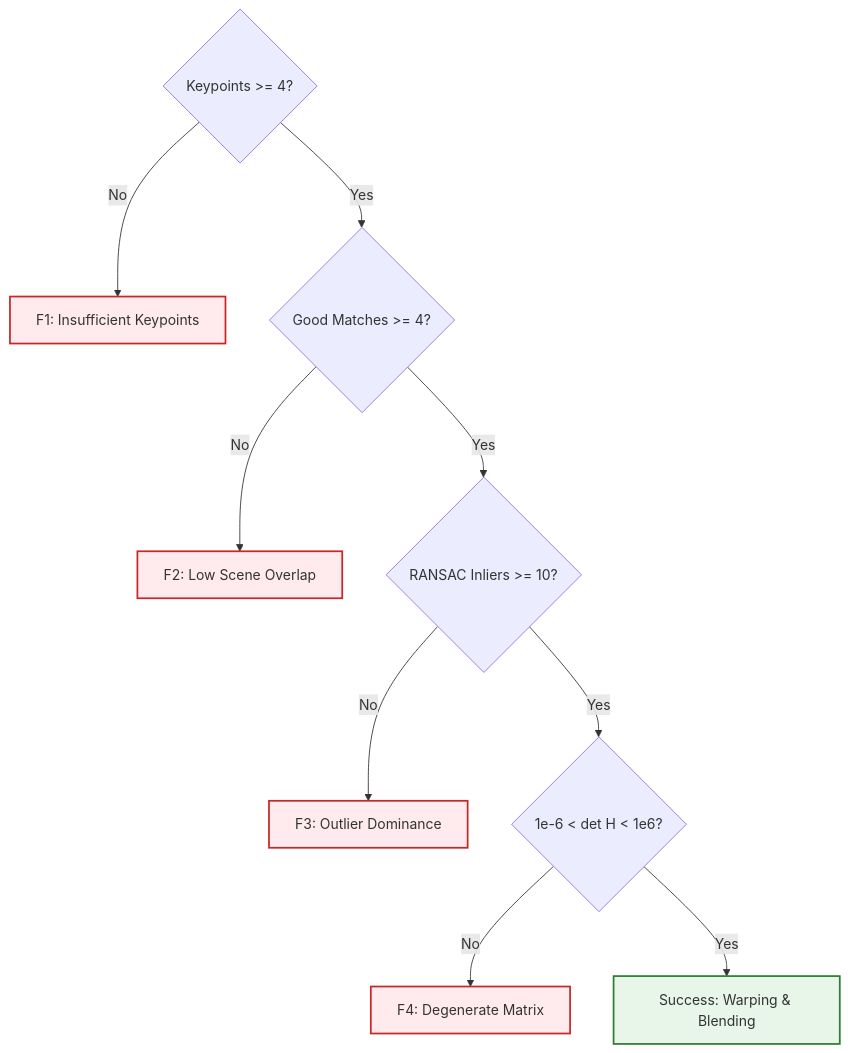
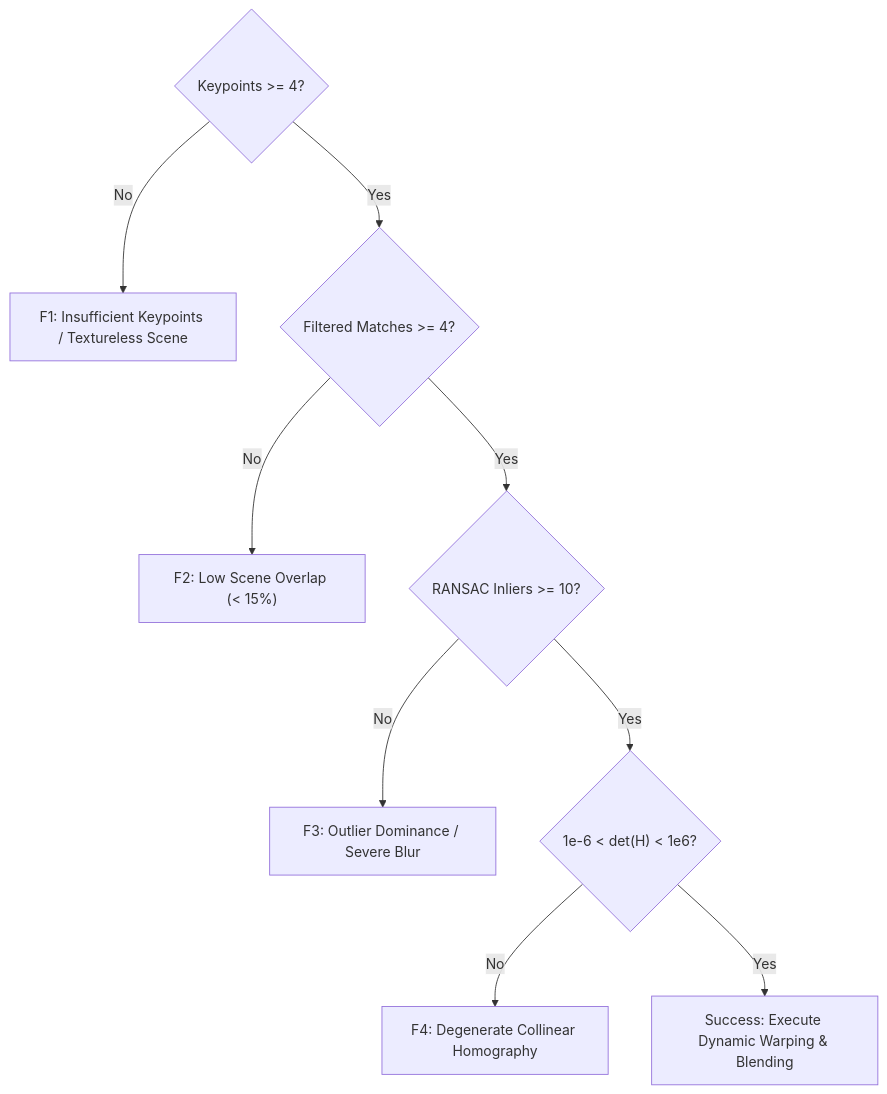
The sixth of 6 diagrams in report/report.md (mhiskall282/Feature-Based-Image-Matching-and-Automatic-Panorama-Construction-Problem), drawn with Mermaid before and after one commit. The commit also changed other lines of this file and 12 other files, not shown here.

Commit message:
feat: high-contrast diagrams, polished UI, and cloud deployment configs for Vercel, Render, and Docker

````diff
--- a/report/report.md
+++ b/report/report.md
@@ -323,14 +335,11 @@
 ```mermaid
 graph TD
-    classDef ok fill:#E8F5E9,stroke:#2E7D32,stroke-width:2px;
-    classDef fail fill:#FFEBEE,stroke:#C62828,stroke-width:2px;
-
-    Check1{Keypoints >= 4?} -->|No| F1[F1: Insufficient Keypoints]:::fail
-    Check1 -->|Yes| Check2{Good Matches >= 4?}
-    Check2 -->|No| F2[F2: Low Scene Overlap]:::fail
-    Check2 -->|Yes| Check3{RANSAC Inliers >= 10?}
-    Check3 -->|No| F3[F3: Outlier Dominance]:::fail
-    Check3 -->|Yes| Check4{1e-6 < det H < 1e6?}
-    Check4 -->|No| F4[F4: Degenerate Matrix]:::fail
-    Check4 -->|Yes| OK[Success: Warping & Blending]:::ok
+    Check1{"Keypoints >= 4?"} -->|No| F1["F1: Insufficient Keypoints / Textureless Scene"]
+    Check1 -->|Yes| Check2{"Filtered Matches >= 4?"}
+    Check2 -->|No| F2["F2: Low Scene Overlap (< 15%)"]
+    Check2 -->|Yes| Check3{"RANSAC Inliers >= 10?"}
+    Check3 -->|No| F3["F3: Outlier Dominance / Severe Blur"]
+    Check3 -->|Yes| Check4{"1e-6 < det(H) < 1e6?"}
+    Check4 -->|No| F4["F4: Degenerate Collinear Homography"]
+    Check4 -->|Yes| OK["Success: Execute Dynamic Warping & Blending"]
 ```
````
